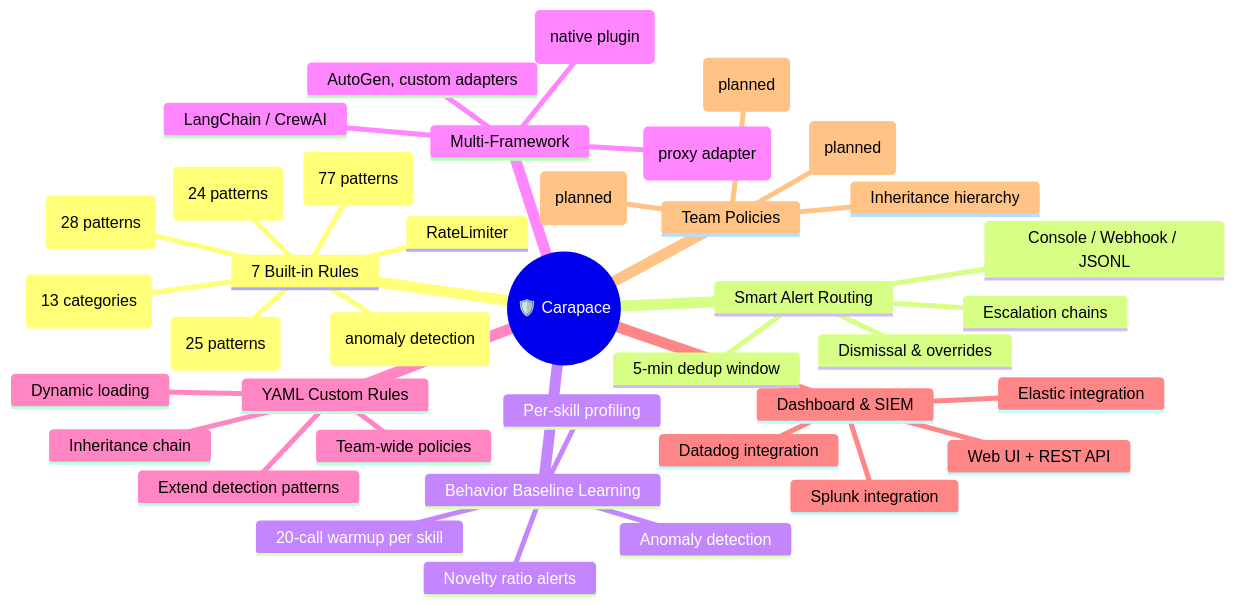
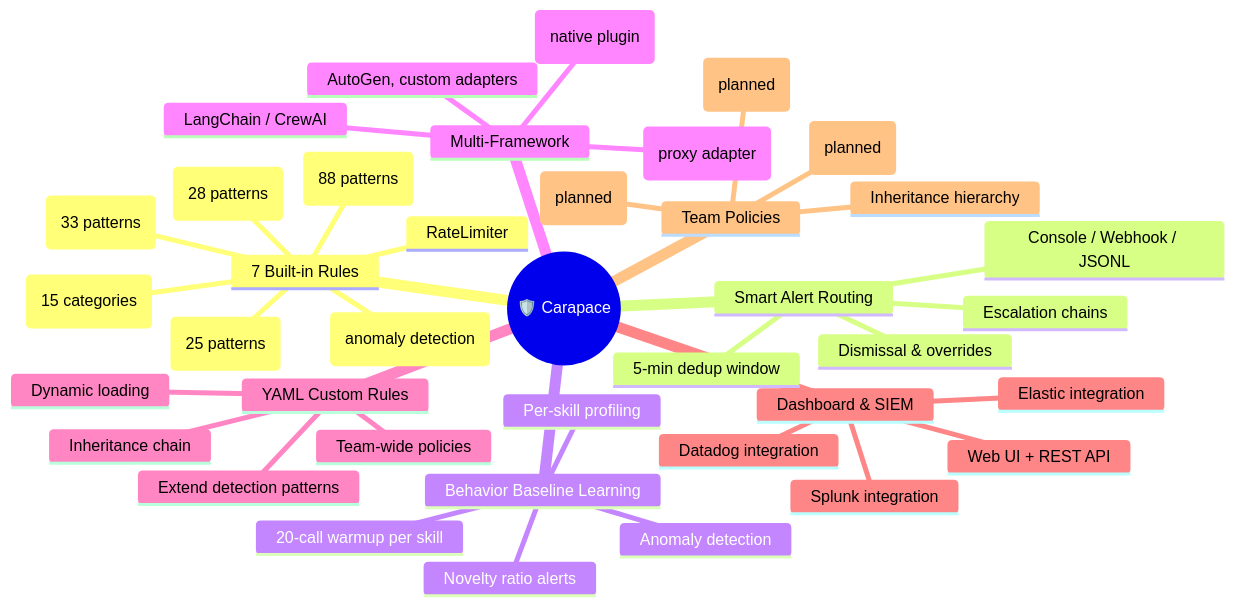
One commit to yeasy/carapace changed the first of 4 diagrams in README.md. Above: the diagram before and after it, drawn with Mermaid. The commit also changed other lines of this file and 2 other files, not shown here.

````diff
--- a/README.md
+++ b/README.md
@@ -70,42 +70,42 @@
 ```mermaid
 mindmap
   root((🛡️ Carapace))
     7 Built-in Rules
-      ExecGuard (77 patterns)
-      PathGuard (28 patterns)
-      NetworkGuard (13 categories)
+      ExecGuard (88 patterns)
+      PathGuard (33 patterns)
+      NetworkGuard (15 categories)
       RateLimiter
       PromptInjection (25 patterns)
-      DataExfil (24 patterns)
+      DataExfil (28 patterns)
       BaselineDrift (anomaly detection)
     Smart Alert Routing
       5-min dedup window
       Escalation chains
       Dismissal & overrides
       Console / Webhook / JSONL
     Behavior Baseline Learning
       20-call warmup per skill
       Per-skill profiling
       Anomaly detection
       Novelty ratio alerts
     Multi-Framework
       OpenClaw (native plugin)
       MCP (proxy adapter)
       LangChain / CrewAI
       AutoGen, custom adapters
     YAML Custom Rules
       Extend detection patterns
       Team-wide policies
       Inheritance chain
       Dynamic loading
     Dashboard & SIEM
       Web UI + REST API
       Splunk integration
       Elastic integration
       Datadog integration
     Team Policies
       Inheritance hierarchy
       Role-based access (planned)
       Policy versioning (planned)
       Audit logging (planned)
 ```
````
